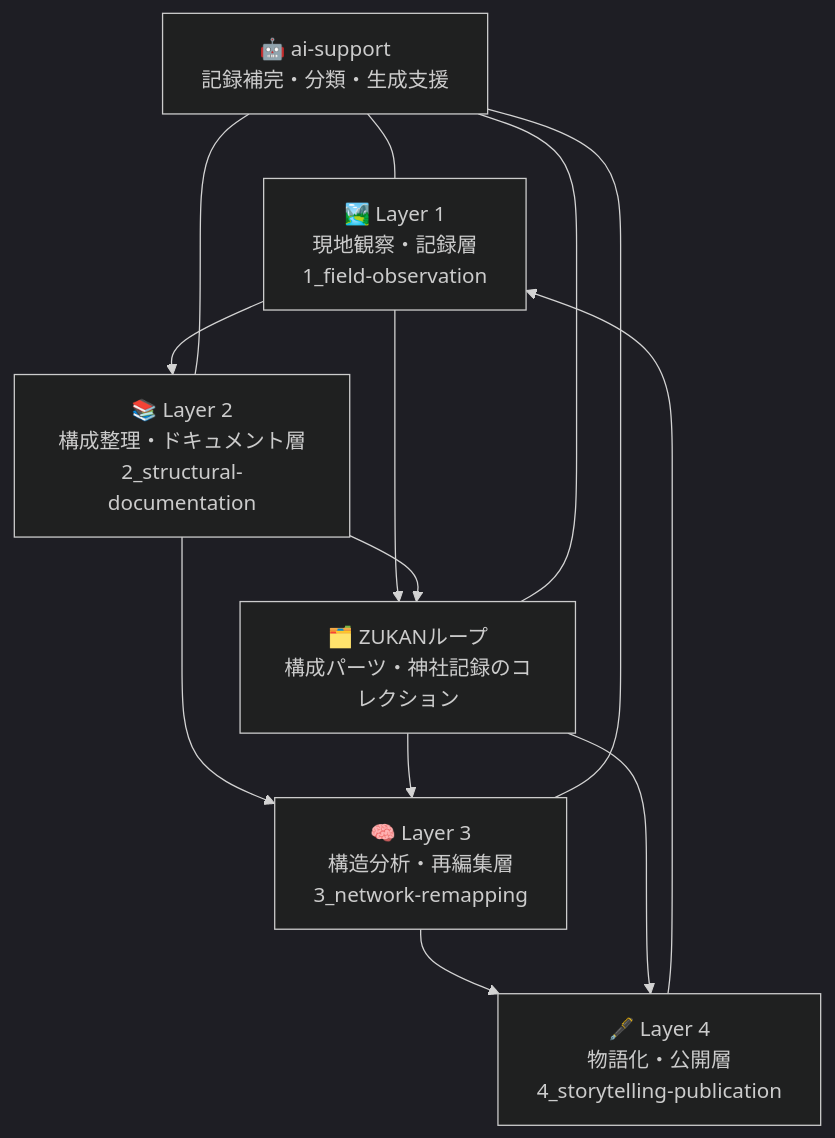
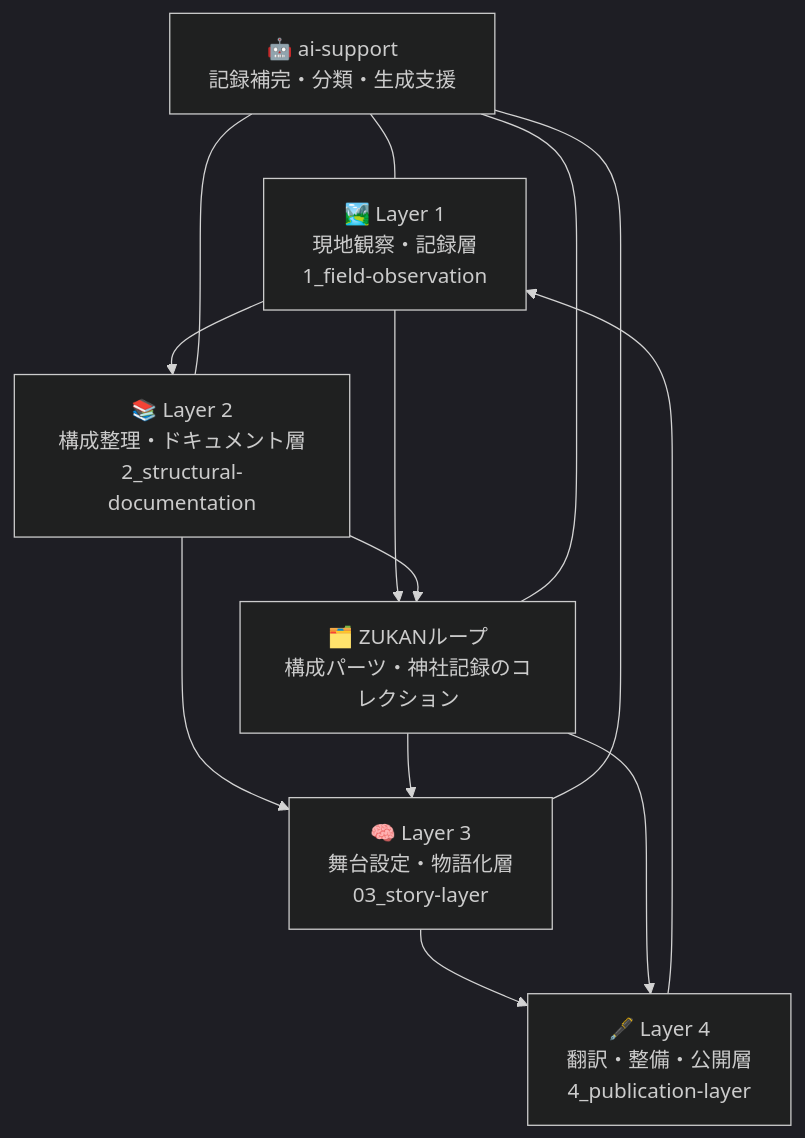
The diagram in ai-collaboration/shrine-fiction/README.md (satoshi-create/complexity-and-network-webdesign), drawn with Mermaid (dark theme) before and after one commit.

````diff
--- a/ai-collaboration/shrine-fiction/README.md
+++ b/ai-collaboration/shrine-fiction/README.md
@@ -1,27 +1,27 @@
 ```mermaid
 graph TD
 
 %% 本編の4層ループ
 L1[🏞️ Layer 1<br>現地観察・記録層<br>1_field-observation]
 L2[📚 Layer 2<br>構成整理・ドキュメント層<br>2_structural-documentation]
-L3[🧠 Layer 3<br>構造分析・再編集層<br>3_network-remapping]
-L4[🖋️ Layer 4<br>物語化・公開層<br>4_storytelling-publication]
+L3[🧠 Layer 3<br>舞台設定・物語化層<br>03_story-layer]
+L4[🖋️ Layer 4<br>翻訳・整備・公開層<br>4_publication-layer]
 
 L1 --> L2 --> L3 --> L4 --> L1
 
 %% ZUKANとの関係
 ZK[🗂️ ZUKANループ<br>構成パーツ・神社記録のコレクション]
 
 L1 --> ZK
 L2 --> ZK
 ZK --> L3
 ZK --> L4
 
 %% AI支援
 AI[🤖 ai-support<br>記録補完・分類・生成支援]
 AI --- L1
 AI --- L2
 AI --- L3
 AI --- ZK
 
 ```
````
